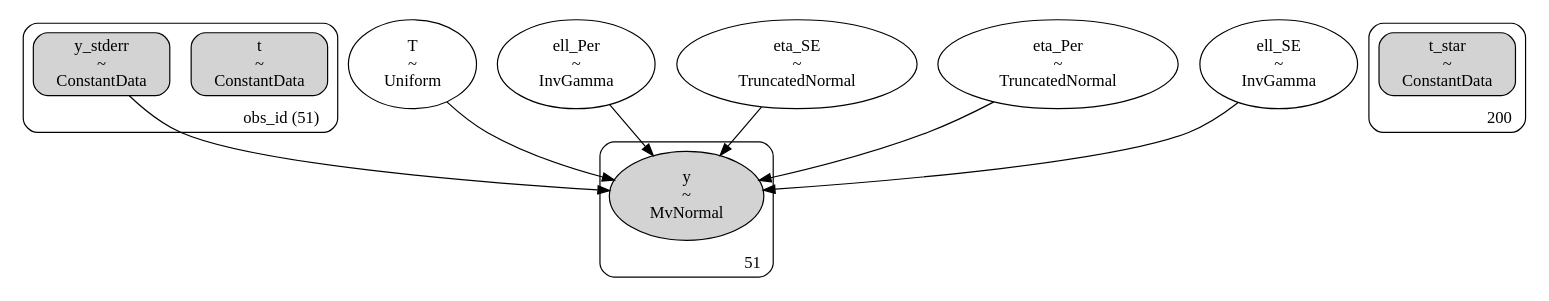
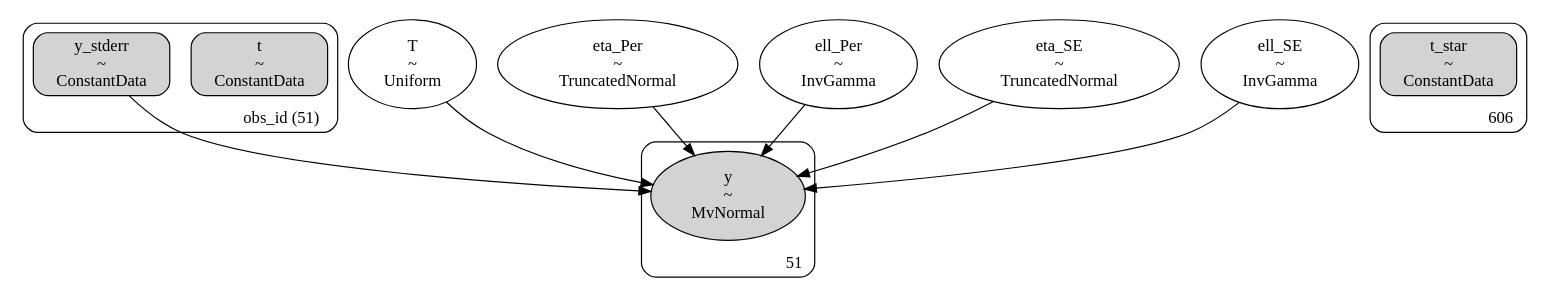
One commit to shihchingfu/gp-sandbox-thunderkat changed the diagram in dags/527_ra206.248_dec-63.613_MAXIJ1348TraPDB_andersson_gpSE_gpPer_dag.dot. Above: the diagram before and after it, drawn with Graphviz. The commit also changed 15 other files, not shown here.

```diff
--- a/dags/527_ra206.248_dec-63.613_MAXIJ1348TraPDB_andersson_gpSE_gpPer_dag.dot
+++ b/dags/527_ra206.248_dec-63.613_MAXIJ1348TraPDB_andersson_gpSE_gpPer_dag.dot
@@ -1,44 +1,44 @@
 digraph {
 	subgraph "clusterobs_id (51)" {
 		t [label="t
 ~
 ConstantData" shape=box style="rounded, filled"]
 		y_stderr [label="y_stderr
 ~
 ConstantData" shape=box style="rounded, filled"]
 		label="obs_id (51)" labeljust=r labelloc=b style=rounded
 	}
-	subgraph cluster200 {
+	subgraph cluster606 {
 		t_star [label="t_star
 ~
 ConstantData" shape=box style="rounded, filled"]
-		label=200 labeljust=r labelloc=b style=rounded
+		label=606 labeljust=r labelloc=b style=rounded
 	}
 	T [label="T
 ~
 Uniform" shape=ellipse]
+	eta_Per [label="eta_Per
+~
+TruncatedNormal" shape=ellipse]
 	ell_Per [label="ell_Per
 ~
 InvGamma" shape=ellipse]
 	eta_SE [label="eta_SE
-~
-TruncatedNormal" shape=ellipse]
-	eta_Per [label="eta_Per
 ~
 TruncatedNormal" shape=ellipse]
 	ell_SE [label="ell_SE
 ~
 InvGamma" shape=ellipse]
 	subgraph cluster51 {
 		y [label="y
 ~
 MvNormal" shape=ellipse style=filled]
 		label=51 labeljust=r labelloc=b style=rounded
 	}
-	eta_Per -> y
+	y_stderr -> y
+	ell_Per -> y
 	eta_SE -> y
-	y_stderr -> y
 	T -> y
 	ell_SE -> y
-	ell_Per -> y
+	eta_Per -> y
 }
```
